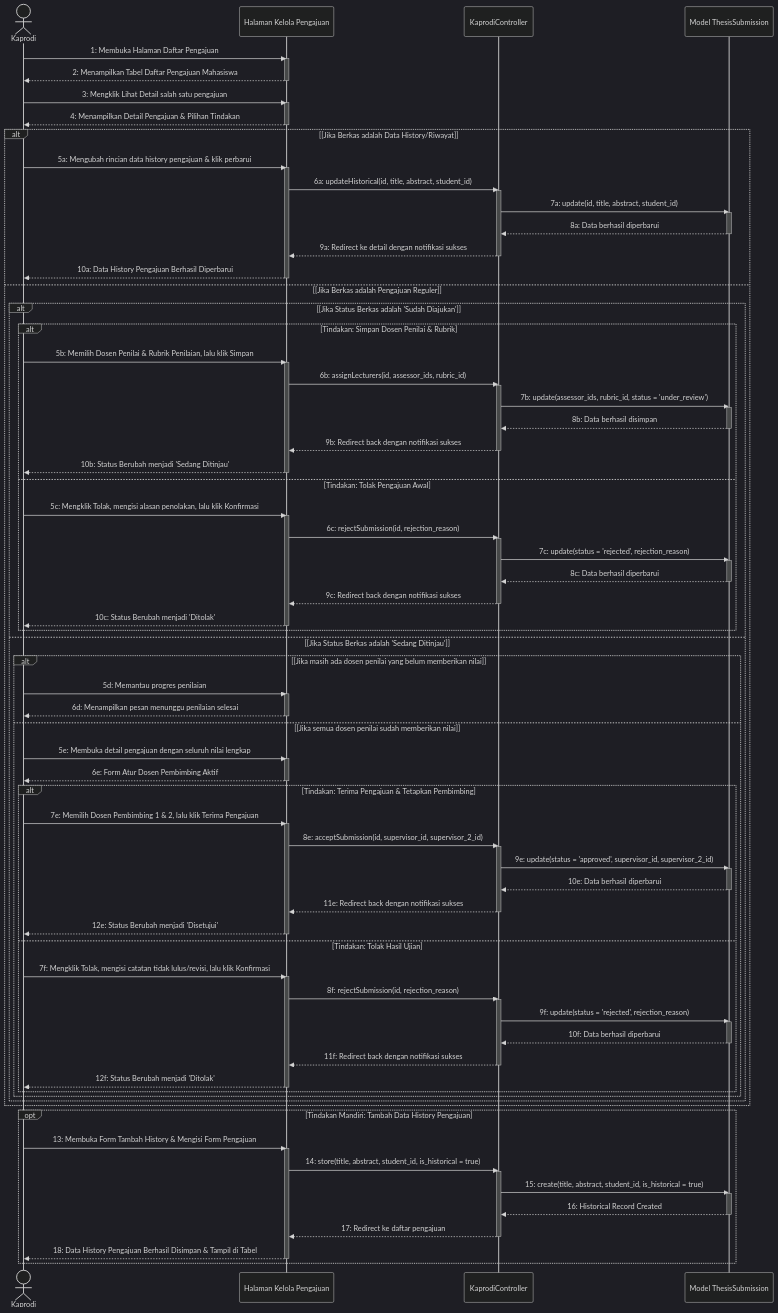
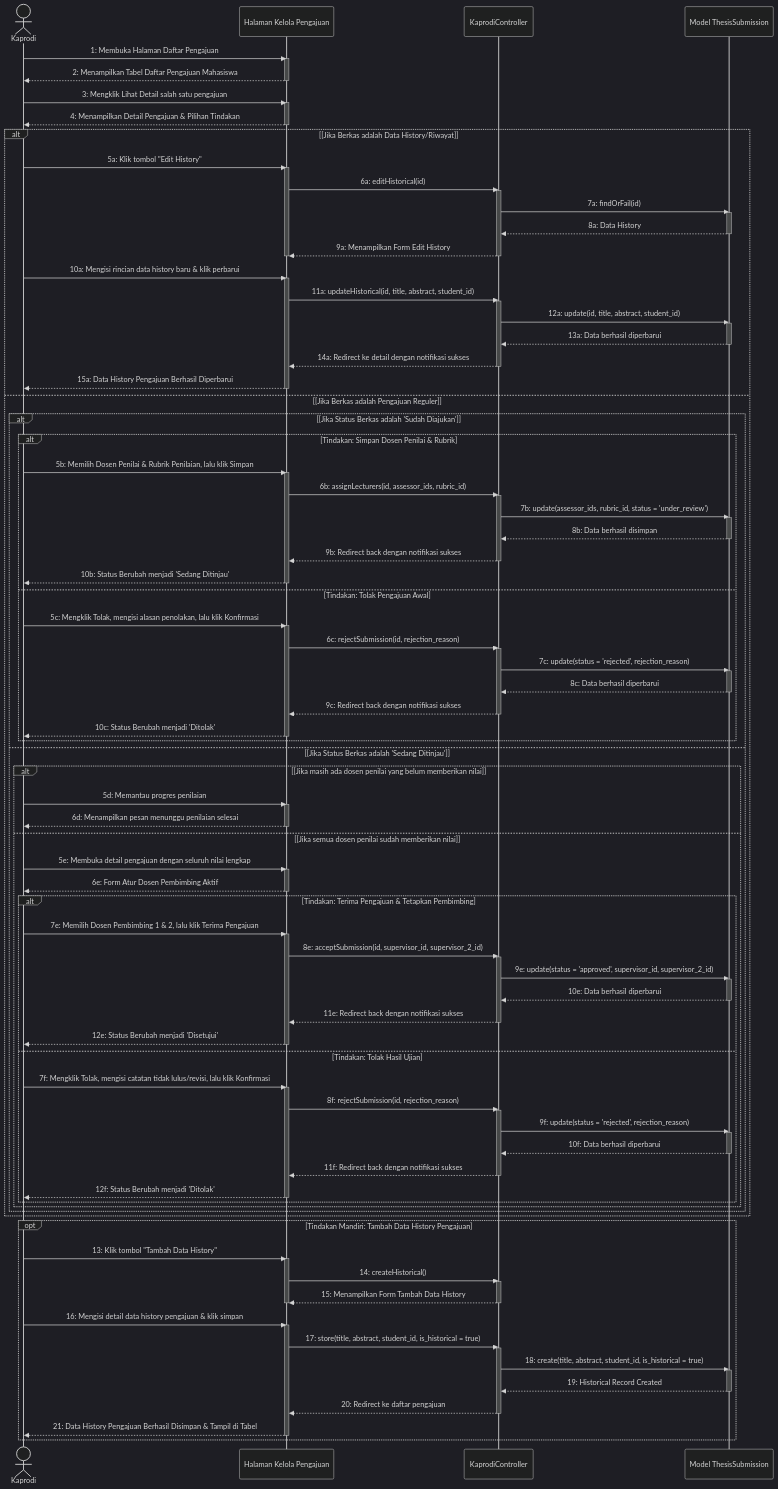
Before and after one commit to Duandi04/ta_submission: the diagram in docs/uml/Sequence Diagram/Kaprodi/sequence_diagram_kelola_daftar_pengajuan.md, drawn with Mermaid (dark theme). The commit also changed 28 other files, not shown here.

Commit message:
refactor: implement program study settings and update UML documentation for Kaprodi configuration

````diff
--- a/docs/uml/Sequence Diagram/Kaprodi/sequence_diagram_kelola_daftar_pengajuan.md
+++ b/docs/uml/Sequence Diagram/Kaprodi/sequence_diagram_kelola_daftar_pengajuan.md
@@ -24,18 +24,29 @@
     %% CONDITIONAL FLOW BASED ON STATE
     alt [Jika Berkas adalah Data History/Riwayat]
         
-        %% Edit Historical Data
-        Kaprodi->>UI: 5a: Mengubah rincian data history pengajuan & klik perbarui
+        Kaprodi->>UI: 5a: Klik tombol "Edit History"
         activate UI
-        UI->>Ctrl: 6a: updateHistorical(id, title, abstract, student_id)
+        UI->>Ctrl: 6a: editHistorical(id)
         activate Ctrl
-        Ctrl->>Model: 7a: update(id, title, abstract, student_id)
+        Ctrl->>Model: 7a: findOrFail(id)
         activate Model
-        Model-->>Ctrl: 8a: Data berhasil diperbarui
+        Model-->>Ctrl: 8a: Data History
         deactivate Model
-        Ctrl-->>UI: 9a: Redirect ke detail dengan notifikasi sukses
+        Ctrl-->>UI: 9a: Menampilkan Form Edit History
         deactivate Ctrl
-        UI-->>Kaprodi: 10a: Data History Pengajuan Berhasil Diperbarui
+        deactivate UI
+
+        Kaprodi->>UI: 10a: Mengisi rincian data history baru & klik perbarui
+        activate UI
+        UI->>Ctrl: 11a: updateHistorical(id, title, abstract, student_id)
+        activate Ctrl
+        Ctrl->>Model: 12a: update(id, title, abstract, student_id)
+        activate Model
+        Model-->>Ctrl: 13a: Data berhasil diperbarui
+        deactivate Model
+        Ctrl-->>UI: 14a: Redirect ke detail dengan notifikasi sukses
+        deactivate Ctrl
+        UI-->>Kaprodi: 15a: Data History Pengajuan Berhasil Diperbarui
         deactivate UI
 
     else [Jika Berkas adalah Pengajuan Reguler]
@@ -119,17 +130,25 @@
 
     %% 3. INDEPENDENT ACTION: ADD HISTORICAL DATA
     opt Tindakan Mandiri: Tambah Data History Pengajuan
-        Kaprodi->>UI: 13: Membuka Form Tambah History & Mengisi Form Pengajuan
+        Kaprodi->>UI: 13: Klik tombol "Tambah Data History"
         activate UI
-        UI->>Ctrl: 14: store(title, abstract, student_id, is_historical = true)
+        UI->>Ctrl: 14: createHistorical()
         activate Ctrl
-        Ctrl->>Model: 15: create(title, abstract, student_id, is_historical = true)
+        Ctrl-->>UI: 15: Menampilkan Form Tambah Data History
+        deactivate Ctrl
+        deactivate UI
+
+        Kaprodi->>UI: 16: Mengisi detail data history pengajuan & klik simpan
+        activate UI
+        UI->>Ctrl: 17: store(title, abstract, student_id, is_historical = true)
+        activate Ctrl
+        Ctrl->>Model: 18: create(title, abstract, student_id, is_historical = true)
         activate Model
-        Model-->>Ctrl: 16: Historical Record Created
+        Model-->>Ctrl: 19: Historical Record Created
         deactivate Model
-        Ctrl-->>UI: 17: Redirect ke daftar pengajuan
+        Ctrl-->>UI: 20: Redirect ke daftar pengajuan
         deactivate Ctrl
-        UI-->>Kaprodi: 18: Data History Pengajuan Berhasil Disimpan & Tampil di Tabel
+        UI-->>Kaprodi: 21: Data History Pengajuan Berhasil Disimpan & Tampil di Tabel
         deactivate UI
     end
 ```
````
